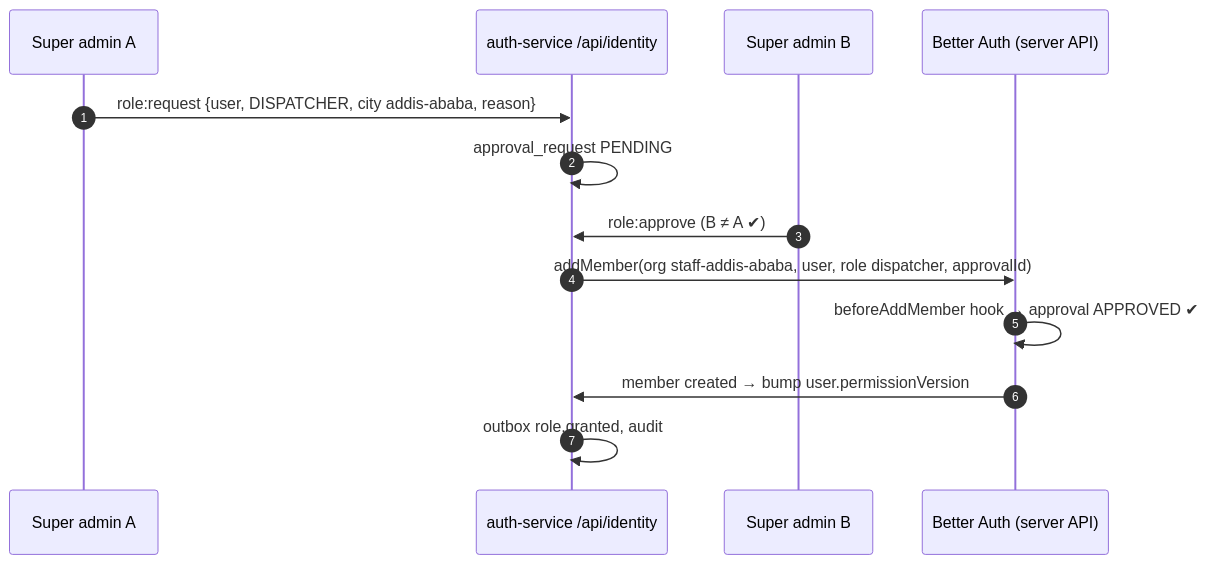
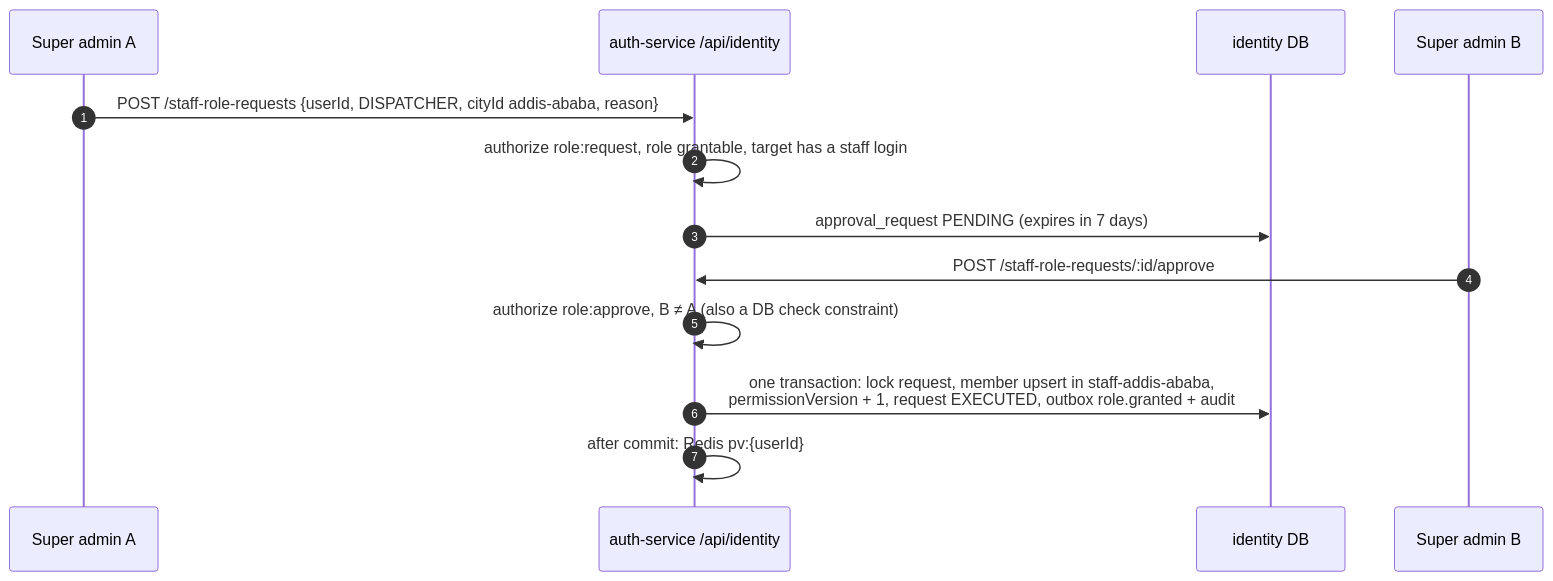
Before and after one commit to beab1212/Anbessa: the eighth of 12 diagrams in docs/design/Auth.md, drawn with Mermaid. The commit also changed other lines of this file and 92 other files, not shown here.

Commit message:
Refactor authentication setup and documentation; replace local JWT key generation with Better Auth integration, update `.env.example` for new auth service secrets, and enhance documentation to reflect the transition to Telegram for OTP delivery with SMS fallback.

````diff
--- a/docs/design/Auth.md
+++ b/docs/design/Auth.md
@@ -443,15 +452,15 @@
 ```mermaid
 sequenceDiagram
   autonumber
   participant SA1 as Super admin A
   participant ID as auth-service /api/identity
+  participant DB as identity DB
   participant SA2 as Super admin B
-  participant BA as Better Auth (server API)
-  SA1->>ID: role:request {user, DISPATCHER, city addis-ababa, reason}
-  ID->>ID: approval_request PENDING
-  SA2->>ID: role:approve (B ≠ A ✔)
-  ID->>BA: addMember(org staff-addis-ababa, user, role dispatcher, approvalId)
-  BA->>BA: beforeAddMember hook → approval APPROVED ✔
-  BA->>ID: member created → bump user.permissionVersion
-  ID->>ID: outbox role.granted, audit
+  SA1->>ID: POST /staff-role-requests {userId, DISPATCHER, cityId addis-ababa, reason}
+  ID->>ID: authorize role:request, role grantable, target has a staff login
+  ID->>DB: approval_request PENDING (expires in 7 days)
+  SA2->>ID: POST /staff-role-requests/:id/approve
+  ID->>ID: authorize role:approve, B ≠ A (also a DB check constraint)
+  ID->>DB: one transaction: lock request, member upsert in staff-addis-ababa,<br/>permissionVersion + 1, request EXECUTED, outbox role.granted + audit
+  ID->>ID: after commit: Redis pv:{userId}
 ```
````
